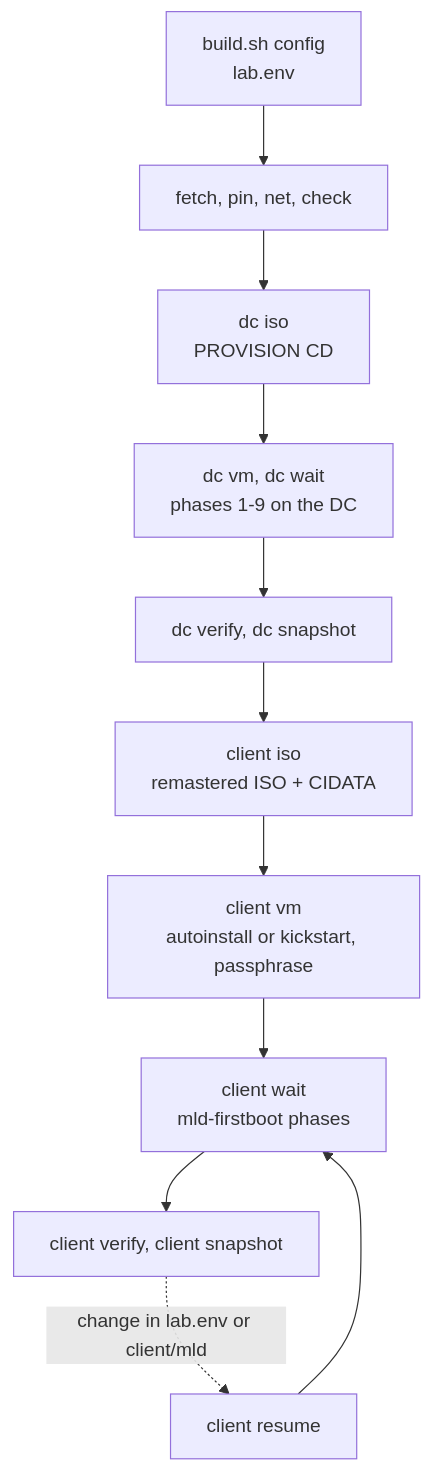
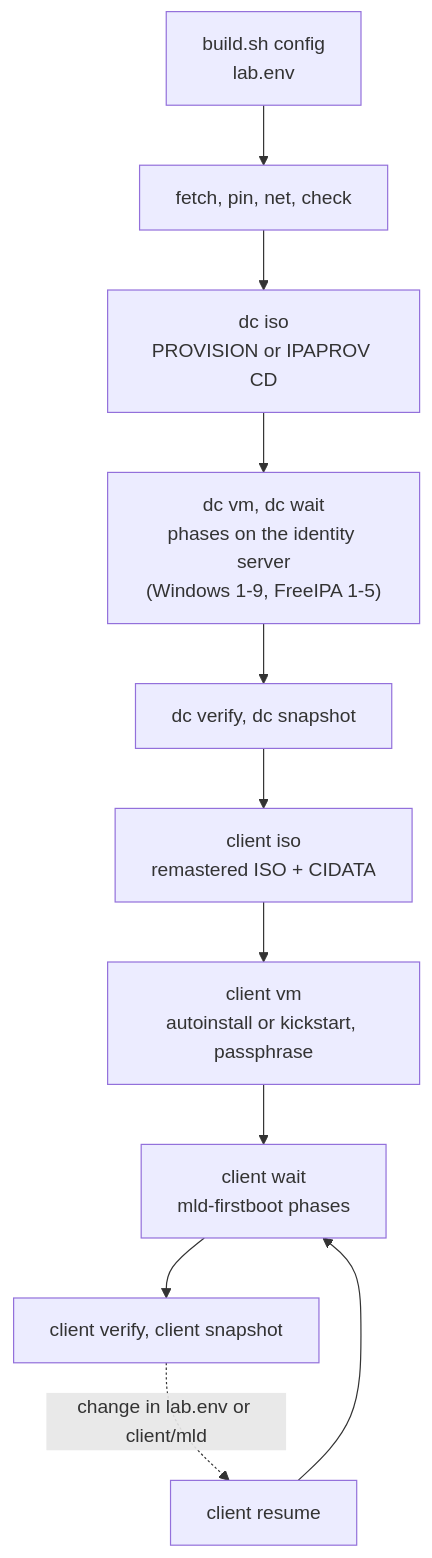
The second of 2 diagrams in README.md (arminfelder/managed-linux-desktop), drawn with Mermaid before and after one commit. The commit also changed other lines of this file and 49 other files, not shown here.

````diff
--- a/README.md
+++ b/README.md
@@ -70,7 +80,7 @@
 ```mermaid
 flowchart TD
     cfg["build.sh config<br/>lab.env"] --> fetch["fetch, pin, net, check"]
-    fetch --> dciso["dc iso<br/>PROVISION CD"] --> dcvm["dc vm, dc wait<br/>phases 1-9 on the DC"] --> dcv["dc verify, dc snapshot"]
+    fetch --> dciso["dc iso<br/>PROVISION or IPAPROV CD"] --> dcvm["dc vm, dc wait<br/>phases on the identity server<br/>(Windows 1-9, FreeIPA 1-5)"] --> dcv["dc verify, dc snapshot"]
     dcv --> ciso["client iso<br/>remastered ISO + CIDATA"] --> cvm["client vm<br/>autoinstall or kickstart, passphrase"] --> cwait["client wait<br/>mld-firstboot phases"] --> cv["client verify, client snapshot"]
     cv -. "change in lab.env or client/mld" .-> resume["client resume"] --> cwait
 ```
````
